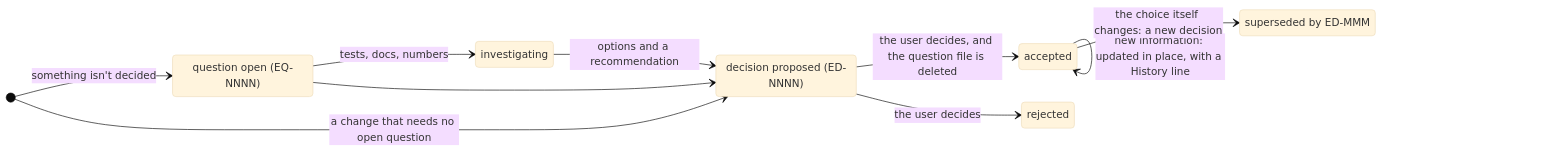
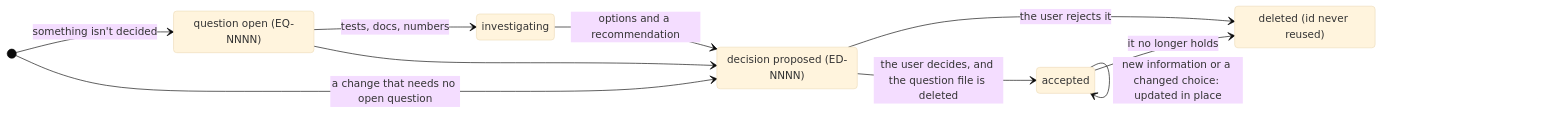
Before and after one commit to daliran/tsmerge: the diagram in docs/engineering/assets/questions-and-decisions.mmd, drawn with Mermaid (base theme). The commit also changed 39 other files, not shown here.

```diff
--- a/docs/engineering/assets/questions-and-decisions.mmd
+++ b/docs/engineering/assets/questions-and-decisions.mmd
@@ -1,20 +1,19 @@
 %% How a question becomes a decision, and how a decision changes over time.
 %% Shown in docs/engineering/decisions/README.md.
 stateDiagram-v2
   direction LR
   state "question open (EQ-NNNN)" as open
   state "investigating" as investigating
   state "decision proposed (ED-NNNN)" as proposed
   state "accepted" as accepted
-  state "rejected" as rejected
-  state "superseded by ED-MMM" as superseded
+  state "deleted (id never reused)" as deleted
 
   [*] --> open: something isn't decided
   open --> investigating: tests, docs, numbers
   investigating --> proposed: options and a recommendation
   open --> proposed
   proposed --> accepted: the user decides, and the question file is deleted
-  proposed --> rejected: the user decides
-  accepted --> accepted: new information: updated in place, with a History line
-  accepted --> superseded: the choice itself changes: a new decision
+  proposed --> deleted: the user rejects it
+  accepted --> accepted: new information or a changed choice: updated in place
+  accepted --> deleted: it no longer holds
   [*] --> proposed: a change that needs no open question
```
